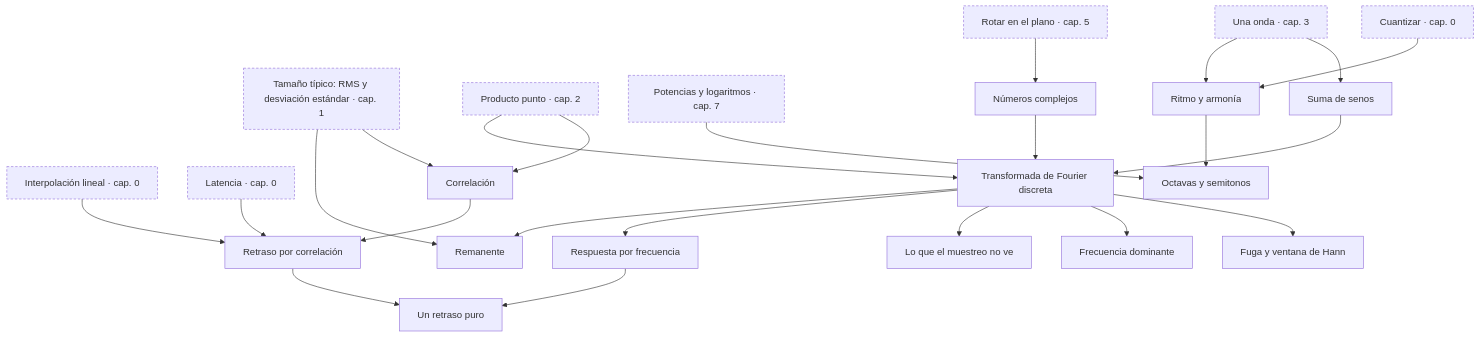
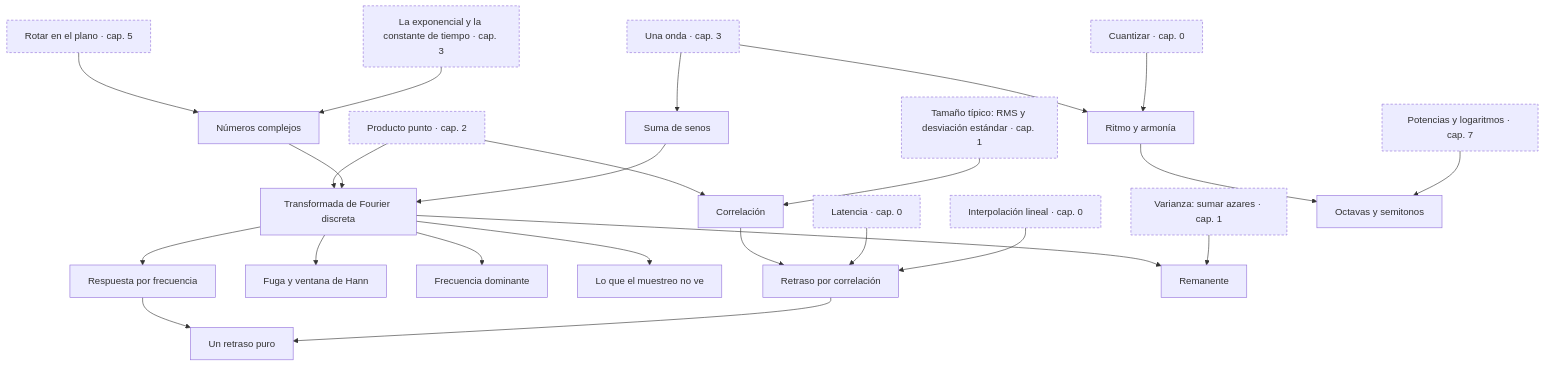
Diagram 13 of 15 in docs/curso/mapa.md (javiersoliso/gearstream), drawn with Mermaid before and after one commit. The commit also changed other lines of this file and 3 other files, not shown here.

Commit message:
Curso: cinco conceptos nuevos (varianza, notación, exponencial, producto de matrices, probabilidad), sus prerrequisitos y las escenas nuevas en render.py

````diff
--- a/docs/curso/mapa.md
+++ b/docs/curso/mapa.md
@@ -640,47 +659,50 @@
 ```mermaid
 flowchart TD
   classDef fuera stroke-dasharray: 4 3
   k_interpolacion_lineal["Interpolación lineal · cap. 0"]:::fuera
   k_cuantizar["Cuantizar · cap. 0"]:::fuera
   k_latencia["Latencia · cap. 0"]:::fuera
   k_tamano_tipico["Tamaño típico: RMS y desviación estándar · cap. 1"]:::fuera
+  k_varianza["Varianza: sumar azares · cap. 1"]:::fuera
   k_producto_punto["Producto punto · cap. 2"]:::fuera
+  k_exponencial["La exponencial y la constante de tiempo · cap. 3"]:::fuera
   k_onda_seno["Una onda · cap. 3"]:::fuera
   k_rotacion_2d["Rotar en el plano · cap. 5"]:::fuera
   k_potencias_y_logaritmos["Potencias y logaritmos · cap. 7"]:::fuera
   k_suma_de_senos["Suma de senos"]
   k_correlacion["Correlación"]
   k_retraso_por_correlacion["Retraso por correlación"]
   k_numeros_complejos["Números complejos"]
   k_dft["Transformada de Fourier discreta"]
   k_fuga_y_ventana["Fuga y ventana de Hann"]
   k_frecuencia_dominante["Frecuencia dominante"]
   k_nyquist["Lo que el muestreo no ve"]
   k_funcion_de_transferencia["Respuesta por frecuencia"]
   k_retraso_puro["Un retraso puro"]
   k_remanente["Remanente"]
   k_ritmo_y_armonia["Ritmo y armonía"]
   k_octavas["Octavas y semitonos"]
   k_onda_seno --> k_suma_de_senos
   k_producto_punto --> k_correlacion
   k_tamano_tipico --> k_correlacion
   k_correlacion --> k_retraso_por_correlacion
   k_latencia --> k_retraso_por_correlacion
   k_interpolacion_lineal --> k_retraso_por_correlacion
   k_rotacion_2d --> k_numeros_complejos
+  k_exponencial --> k_numeros_complejos
   k_producto_punto --> k_dft
   k_numeros_complejos --> k_dft
   k_suma_de_senos --> k_dft
   k_dft --> k_fuga_y_ventana
   k_dft --> k_frecuencia_dominante
   k_dft --> k_nyquist
   k_dft --> k_funcion_de_transferencia
   k_funcion_de_transferencia --> k_retraso_puro
   k_retraso_por_correlacion --> k_retraso_puro
   k_dft --> k_remanente
-  k_tamano_tipico --> k_remanente
+  k_varianza --> k_remanente
   k_onda_seno --> k_ritmo_y_armonia
   k_cuantizar --> k_ritmo_y_armonia
   k_ritmo_y_armonia --> k_octavas
   k_potencias_y_logaritmos --> k_octavas
 ```
````
